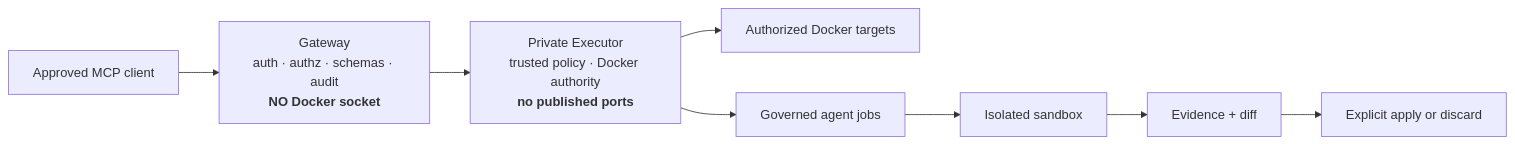
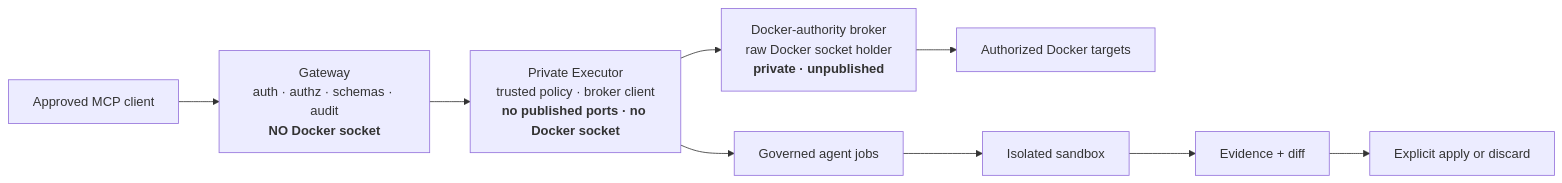
The first of 3 diagrams in MCP_IDE_BRIDGE_MASTER_PRD.md (Herman940306/QuaranGate), drawn with Mermaid before and after one commit. The commit also changed other lines of this file and 3 other files, not shown here.

````diff
--- a/MCP_IDE_BRIDGE_MASTER_PRD.md
+++ b/MCP_IDE_BRIDGE_MASTER_PRD.md
@@ -107,10 +107,11 @@
 ```mermaid
 flowchart LR
     C["Approved MCP client"] --> G["Gateway<br/>auth · authz · schemas · audit<br/><b>NO Docker socket</b>"]
-    G --> E["Private Executor<br/>trusted policy · Docker authority<br/><b>no published ports</b>"]
-    E --> T["Authorized Docker targets"]
+    G --> E["Private Executor<br/>trusted policy · broker client<br/><b>no published ports · no Docker socket</b>"]
+    E --> DA["Docker-authority broker<br/>raw Docker socket holder<br/><b>private · unpublished</b>"]
+    DA --> T["Authorized Docker targets"]
     E --> A["Governed agent jobs"]
     A --> S["Isolated sandbox"]
     S --> D["Evidence + diff"]
     D --> P["Explicit apply or discard"]
 ```
````
